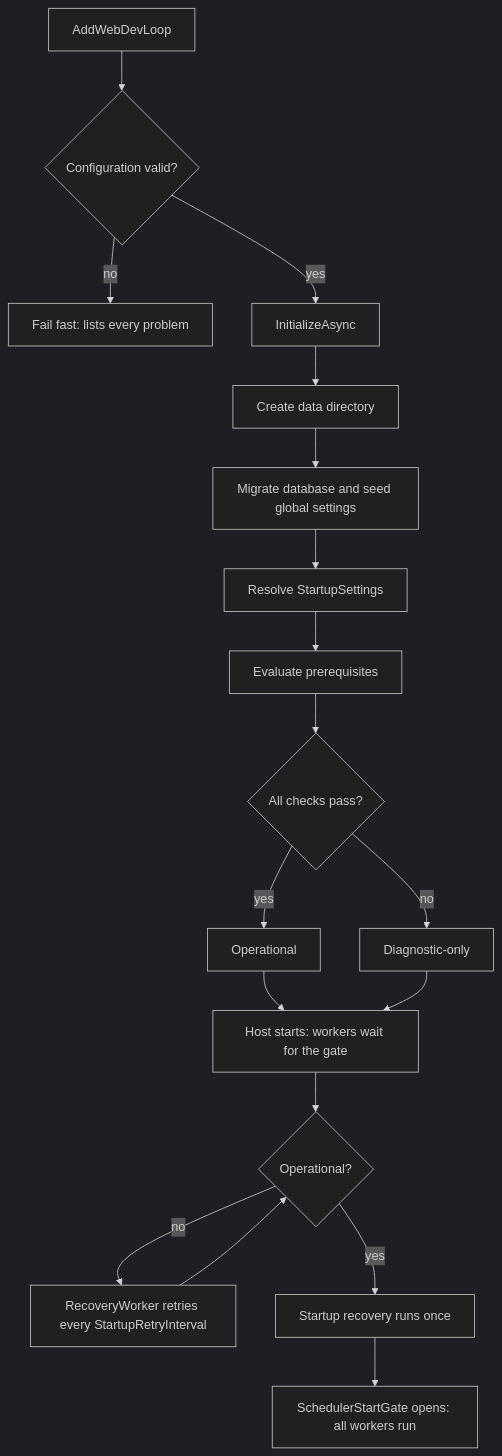
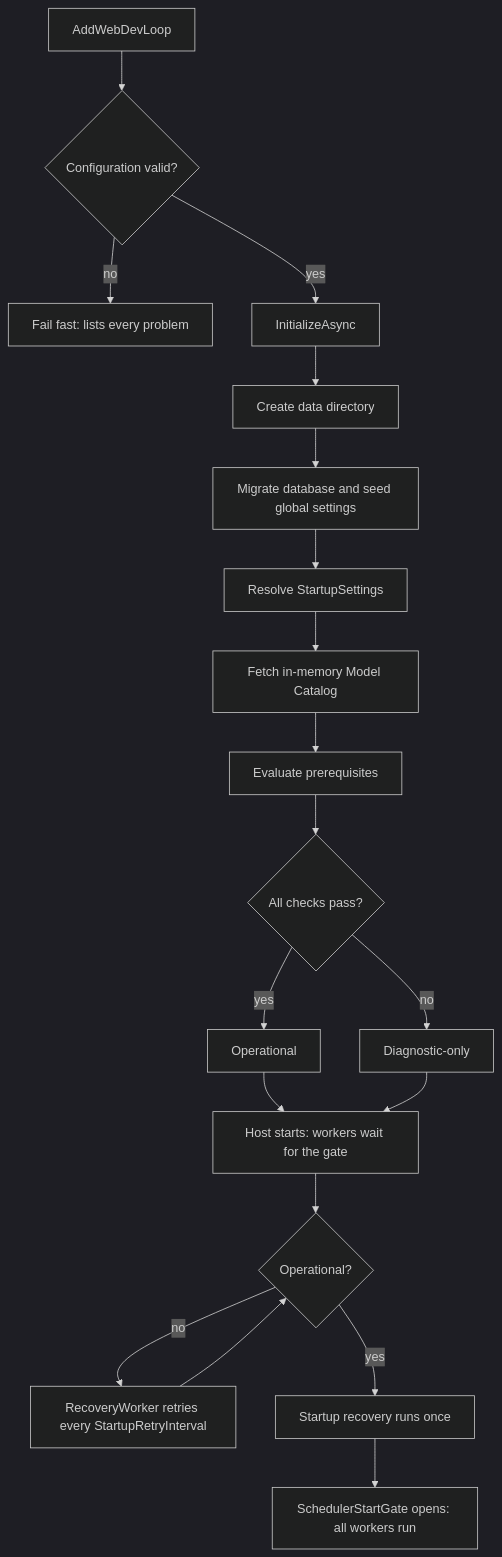
Before and after one commit to FlorianAlbert/WebDevLoop: the diagram in docfx/developer-guide/startup-and-prerequisites.md, drawn with Mermaid (dark theme). The commit also changed other lines of this file and 28 other files, not shown here.

First line of the commit message:
Model Catalog and "Agent models" validation (#5) (#13)

````diff
--- a/docfx/developer-guide/startup-and-prerequisites.md
+++ b/docfx/developer-guide/startup-and-prerequisites.md
@@ -24,20 +24,21 @@
 ```mermaid
 flowchart TD
     A[AddWebDevLoop] --> B{Configuration valid?}
     B -- no --> X[Fail fast: lists every problem]
     B -- yes --> C[InitializeAsync]
     C --> D[Create data directory]
     D --> E[Migrate database and seed global settings]
     E --> F[Resolve StartupSettings]
-    F --> G[Evaluate prerequisites]
+    F --> MC[Fetch in-memory Model Catalog]
+    MC --> G[Evaluate prerequisites]
     G --> H{All checks pass?}
     H -- yes --> I[Operational]
     H -- no --> J[Diagnostic-only]
     I --> K[Host starts: workers wait for the gate]
     J --> K
     K --> L{Operational?}
     L -- no --> M[RecoveryWorker retries every StartupRetryInterval]
     M --> L
     L -- yes --> N[Startup recovery runs once]
     N --> O[SchedulerStartGate opens: all workers run]
 ```
````
